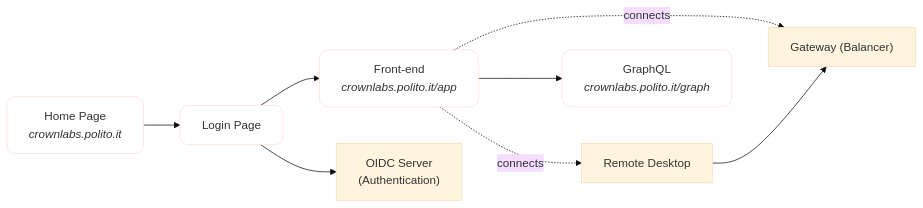
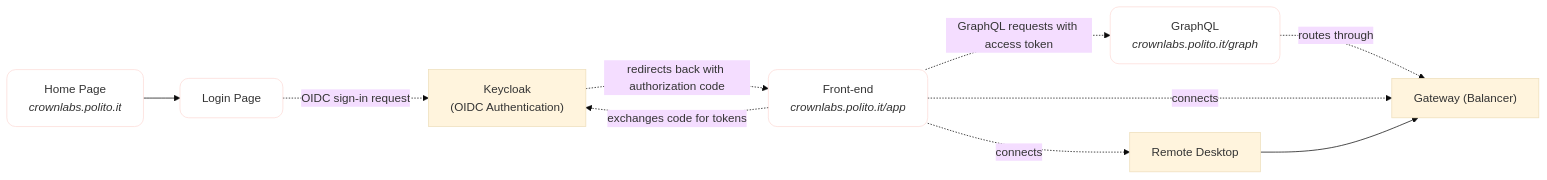
The second of 5 diagrams in BIGPICTURE.md (netgroup-polito/CrownLabs), drawn with Mermaid (base theme) before and after one commit.

Commit message:
edit fronted graph

````diff
--- a/BIGPICTURE.md
+++ b/BIGPICTURE.md
@@ -22,25 +22,27 @@
 ```mermaid
 flowchart LR
 
 Home["`Home Page
     _crownlabs.polito.it_`"]:::FrontendStyle
 Login["Login Page"]:::FrontendStyle
 Frontend["`Front-end
     _crownlabs.polito.it/app_`"]:::FrontendStyle
 Remote["Remote Desktop"]
-OIDC["`OIDC Server
-    (Authentication)`"]
+Keycloak["`Keycloak
+    (OIDC Authentication)`"]
 Graph["`GraphQL
     _crownlabs.polito.it/graph_`"]:::FrontendStyle
 GWAPI["Gateway (Balancer)"]
 
 Home --> Login
-Login --> Frontend
-Login --> OIDC
-Frontend --> Graph
+Login -. OIDC sign-in request .-> Keycloak
+Keycloak -. redirects back with authorization code .-> Frontend
+Frontend -. exchanges code for tokens .-> Keycloak
+Frontend -. GraphQL requests with access token .-> Graph
+Graph -. routes through .-> GWAPI
 Frontend -. connects .-> Remote
 Frontend -. connects .-> GWAPI
 Remote --> GWAPI
 
 classDef FrontendStyle stroke:#FDDCD7,rx:12,ry:12,fill:none
 ```
````
